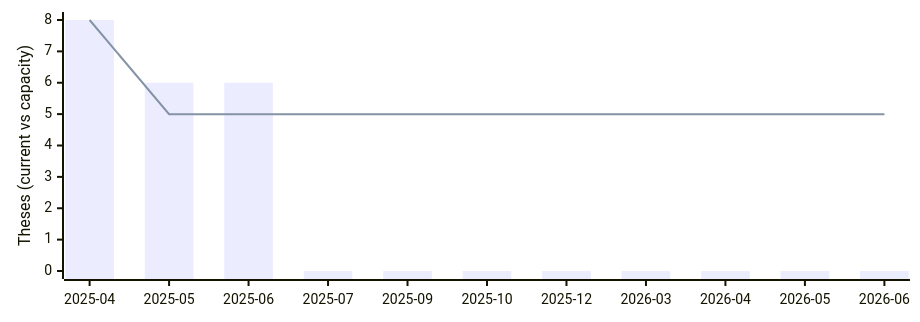
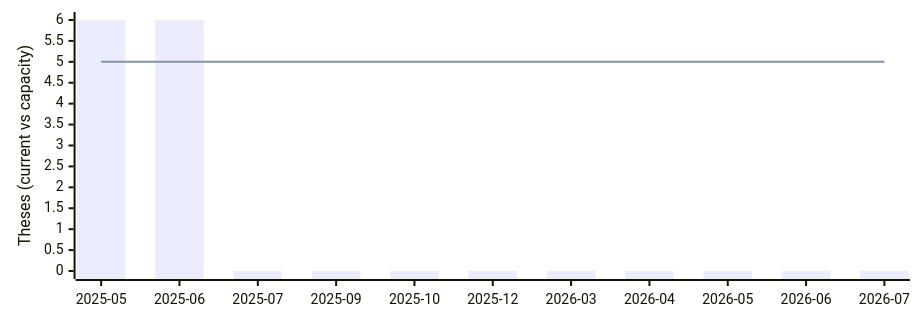
Before and after one commit to fs-ise/theses: the diagram in _includes/availability.md, drawn with Mermaid.

Commit message:
Update availability chart

````diff
--- a/_includes/availability.md
+++ b/_includes/availability.md
@@ -2,13 +2,13 @@
 ```mermaid
 ---
 config:
     xyChart:
         width: 900
         height: 300
 ---
 xychart-beta
-    x-axis [2025-04, 2025-05, 2025-06, 2025-07, 2025-09, 2025-10, 2025-12, 2026-03, 2026-04, 2026-05, 2026-06]
-    y-axis "Theses (current vs capacity)" 0 --> 8
-    bar [8, 6, 6, 0, 0, 0, 0, 0, 0, 0, 0]
-    line [8, 5, 5, 5, 5, 5, 5, 5, 5, 5, 5]
+    x-axis [2025-05, 2025-06, 2025-07, 2025-09, 2025-10, 2025-12, 2026-03, 2026-04, 2026-05, 2026-06, 2026-07]
+    y-axis "Theses (current vs capacity)" 0 --> 6
+    bar [6, 6, 0, 0, 0, 0, 0, 0, 0, 0, 0]
+    line [5, 5, 5, 5, 5, 5, 5, 5, 5, 5, 5]
 ```
````
